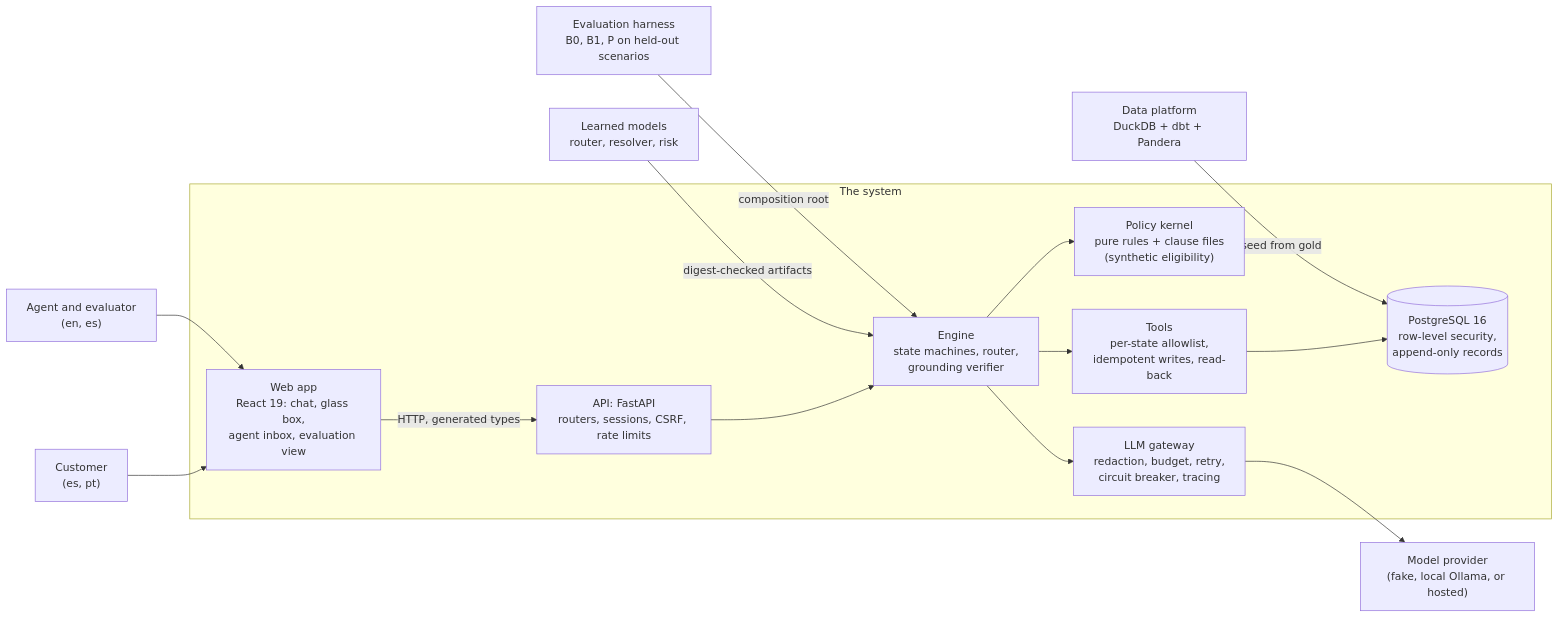
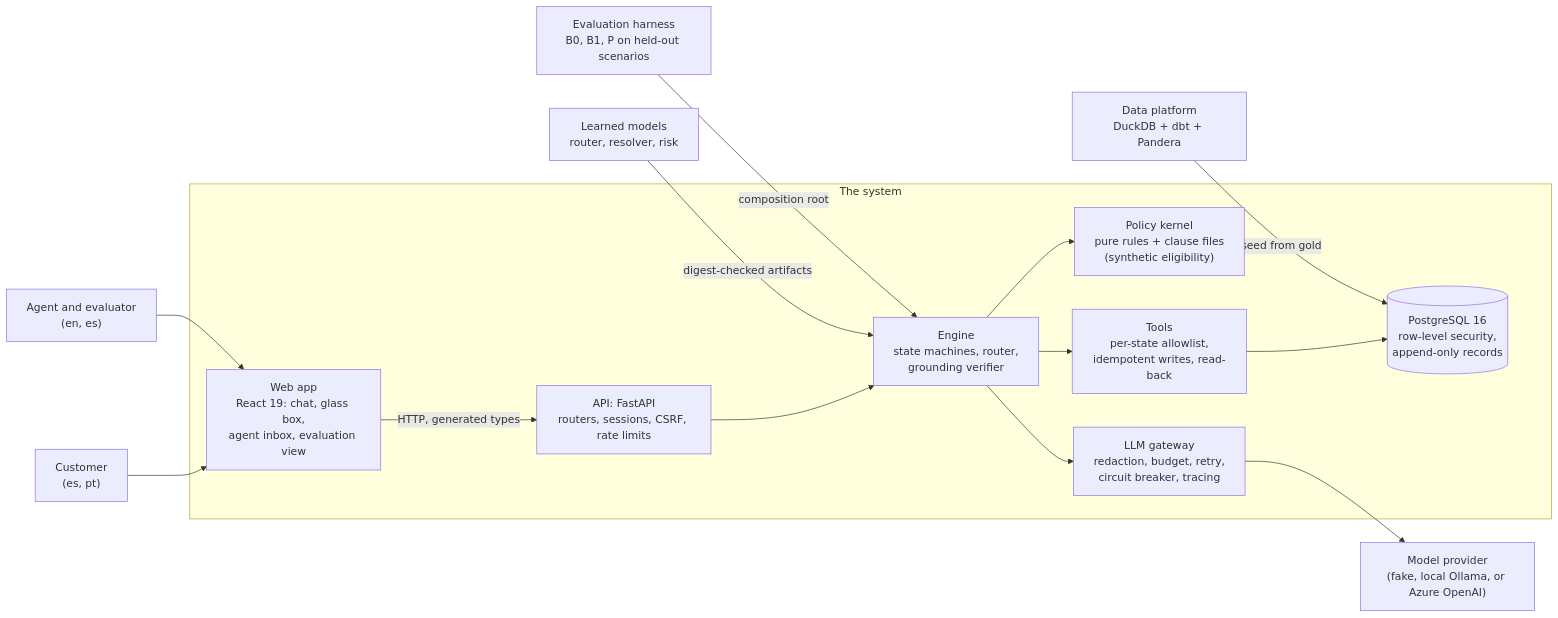
One commit to Youngermaster/factored-hackathon-2026-la-brasil-del-70 changed the second of 2 diagrams in README.md. Above: the diagram before and after it, drawn with Mermaid. The commit also changed other lines of this file and 8 other files, not shown here.

````diff
--- a/README.md
+++ b/README.md
@@ -49,21 +76,21 @@
 ```mermaid
 flowchart LR
     customer["Customer<br/>(es, pt)"] --> web
     staff["Agent and evaluator<br/>(en, es)"] --> web
     subgraph system["The system"]
         web["Web app<br/>React 19: chat, glass box,<br/>agent inbox, evaluation view"]
         api["API: FastAPI<br/>routers, sessions, CSRF, rate limits"]
         engine["Engine<br/>state machines, router,<br/>grounding verifier"]
         policy["Policy kernel<br/>pure rules + clause files<br/>(synthetic eligibility)"]
         tools["Tools<br/>per-state allowlist,<br/>idempotent writes, read-back"]
         gateway["LLM gateway<br/>redaction, budget, retry,<br/>circuit breaker, tracing"]
         pg[("PostgreSQL 16<br/>row-level security,<br/>append-only records")]
     end
     web -- "HTTP, generated types" --> api --> engine
     engine --> policy
     engine --> tools --> pg
-    engine --> gateway --> llm["Model provider<br/>(fake, local Ollama, or hosted)"]
+    engine --> gateway --> llm["Model provider<br/>(fake, local Ollama, or Azure OpenAI)"]
     data["Data platform<br/>DuckDB + dbt + Pandera"] -- "seed from gold" --> pg
     ml["Learned models<br/>router, resolver, risk"] -- "digest-checked artifacts" --> engine
     evals["Evaluation harness<br/>B0, B1, P on held-out scenarios"] -- "composition root" --> engine
 ```
````
